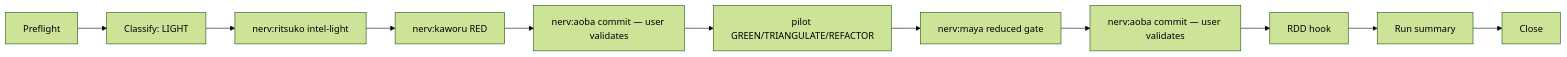
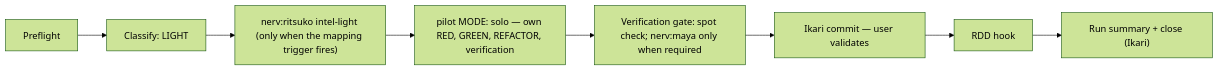
Before and after one commit to war-apps/nerv-by-gentle-ai: the fifth of 7 diagrams in docs/integration.md, drawn with Mermaid (forest theme). The commit also changed other lines of this file and 3 other files, not shown here.

````diff
--- a/docs/integration.md
+++ b/docs/integration.md
@@ -127,13 +161,10 @@
 ```mermaid
 flowchart LR
     A["Preflight"] --> B["Classify: LIGHT"]
-    B --> C["nerv:ritsuko intel-light"]
-    C --> D["nerv:kaworu RED"]
-    D --> E["nerv:aoba commit — user validates"]
-    E --> F["pilot GREEN/TRIANGULATE/REFACTOR"]
-    F --> G["nerv:maya reduced gate"]
-    G --> H["nerv:aoba commit — user validates"]
-    H --> I["RDD hook"]
-    I --> J["Run summary"]
-    J --> K["Close"]
+    B --> C["nerv:ritsuko intel-light (only when the mapping trigger fires)"]
+    C --> D["pilot MODE: solo — own RED, GREEN, REFACTOR, verification"]
+    D --> E["Verification gate: spot check; nerv:maya only when required"]
+    E --> F["Ikari commit — user validates"]
+    F --> G["RDD hook"]
+    G --> H["Run summary + close (Ikari)"]
 ```
````
